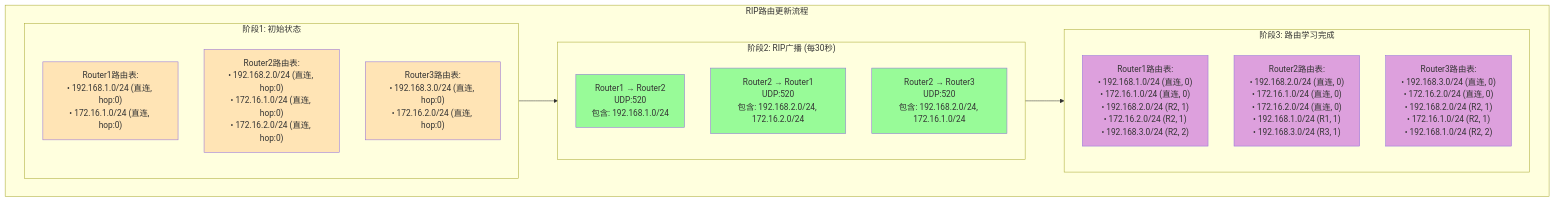
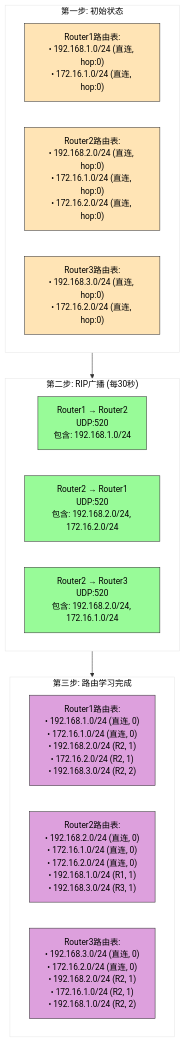
Before and after one commit to SimonSU5/personal-site-content: the third of 4 diagrams in blogs/数通基础-RIP.md, drawn with Mermaid. The commit also changed other lines of this file, not shown here.

Commit message:
vault backup: 2026-07-06 16:14:54

````diff
--- a/blogs/数通基础-RIP.md
+++ b/blogs/数通基础-RIP.md
@@ -44,37 +64,34 @@
 ```mermaid
+%%{init: {'theme': 'base', 'themeVariables': { 'primaryColor': '#fff', 'primaryTextColor': '#000', 'primaryBorderColor': '#333', 'lineColor': '#333', 'secondaryColor': '#e6f3ff', 'tertiaryColor': '#fff'}}}%%
 graph TB
-    subgraph RIP_Update["RIP路由更新流程"]
-        direction LR
-
-        subgraph Phase1["阶段1: 初始状态"]
-            R1_Table["Router1路由表:<br/>• 192.168.1.0/24 (直连, hop:0)<br/>• 172.16.1.0/24 (直连, hop:0)"]
-            R2_Table["Router2路由表:<br/>• 192.168.2.0/24 (直连, hop:0)<br/>• 172.16.1.0/24 (直连, hop:0)<br/>• 172.16.2.0/24 (直连, hop:0)"]
-            R3_Table["Router3路由表:<br/>• 192.168.3.0/24 (直连, hop:0)<br/>• 172.16.2.0/24 (直连, hop:0)"]
-        end
-
-        subgraph Phase2["阶段2: RIP广播 (每30秒)"]
-            Update1["Router1 → Router2<br/>UDP:520<br/>包含: 192.168.1.0/24"]
-            Update2["Router2 → Router1<br/>UDP:520<br/>包含: 192.168.2.0/24, 172.16.2.0/24"]
-            Update3["Router2 → Router3<br/>UDP:520<br/>包含: 192.168.2.0/24, 172.16.1.0/24"]
-        end
-
-        subgraph Phase3["阶段3: 路由学习完成"]
-            Final_R1["Router1路由表:<br/>• 192.168.1.0/24 (直连, 0)<br/>• 172.16.1.0/24 (直连, 0)<br/>• 192.168.2.0/24 (R2, 1)<br/>• 172.16.2.0/24 (R2, 1)<br/>• 192.168.3.0/24 (R2, 2)"]
-            Final_R2["Router2路由表:<br/>• 192.168.2.0/24 (直连, 0)<br/>• 172.16.1.0/24 (直连, 0)<br/>• 172.16.2.0/24 (直连, 0)<br/>• 192.168.1.0/24 (R1, 1)<br/>• 192.168.3.0/24 (R3, 1)"]
-            Final_R3["Router3路由表:<br/>• 192.168.3.0/24 (直连, 0)<br/>• 172.16.2.0/24 (直连, 0)<br/>• 192.168.2.0/24 (R2, 1)<br/>• 172.16.1.0/24 (R2, 1)<br/>• 192.168.1.0/24 (R2, 2)"]
-        end
+    subgraph Initial["第一步: 初始状态"]
+        I_R1["Router1路由表:<br/>• 192.168.1.0/24 (直连, hop:0)<br/>• 172.16.1.0/24 (直连, hop:0)"]
+        I_R2["Router2路由表:<br/>• 192.168.2.0/24 (直连, hop:0)<br/>• 172.16.1.0/24 (直连, hop:0)<br/>• 172.16.2.0/24 (直连, hop:0)"]
+        I_R3["Router3路由表:<br/>• 192.168.3.0/24 (直连, hop:0)<br/>• 172.16.2.0/24 (直连, hop:0)"]
     end
 
-    Phase1 --> Phase2
-    Phase2 --> Phase3
+    subgraph Update["第二步: RIP广播 (每30秒)"]
+        U1["Router1 → Router2<br/>UDP:520<br/>包含: 192.168.1.0/24"]
+        U2["Router2 → Router1<br/>UDP:520<br/>包含: 192.168.2.0/24, 172.16.2.0/24"]
+        U3["Router2 → Router3<br/>UDP:520<br/>包含: 192.168.2.0/24, 172.16.1.0/24"]
+    end
 
-    style R1_Table fill:#FFE4B5
-    style R2_Table fill:#FFE4B5
-    style R3_Table fill:#FFE4B5
-    style Update1 fill:#98FB98
-    style Update2 fill:#98FB98
-    style Update3 fill:#98FB98
-    style Final_R1 fill:#DDA0DD
-    style Final_R2 fill:#DDA0DD
-    style Final_R3 fill:#DDA0DD
+    subgraph Complete["第三步: 路由学习完成"]
+        C_R1["Router1路由表:<br/>• 192.168.1.0/24 (直连, 0)<br/>• 172.16.1.0/24 (直连, 0)<br/>• 192.168.2.0/24 (R2, 1)<br/>• 172.16.2.0/24 (R2, 1)<br/>• 192.168.3.0/24 (R2, 2)"]
+        C_R2["Router2路由表:<br/>• 192.168.2.0/24 (直连, 0)<br/>• 172.16.1.0/24 (直连, 0)<br/>• 172.16.2.0/24 (直连, 0)<br/>• 192.168.1.0/24 (R1, 1)<br/>• 192.168.3.0/24 (R3, 1)"]
+        C_R3["Router3路由表:<br/>• 192.168.3.0/24 (直连, 0)<br/>• 172.16.2.0/24 (直连, 0)<br/>• 192.168.2.0/24 (R2, 1)<br/>• 172.16.1.0/24 (R2, 1)<br/>• 192.168.1.0/24 (R2, 2)"]
+    end
+
+    Initial --> Update
+    Update --> Complete
+
+    style I_R1 fill:#FFE4B5,stroke:#333
+    style I_R2 fill:#FFE4B5,stroke:#333
+    style I_R3 fill:#FFE4B5,stroke:#333
+    style U1 fill:#98FB98,stroke:#333
+    style U2 fill:#98FB98,stroke:#333
+    style U3 fill:#98FB98,stroke:#333
+    style C_R1 fill:#DDA0DD,stroke:#333
+    style C_R2 fill:#DDA0DD,stroke:#333
+    style C_R3 fill:#DDA0DD,stroke:#333
 ```
````
